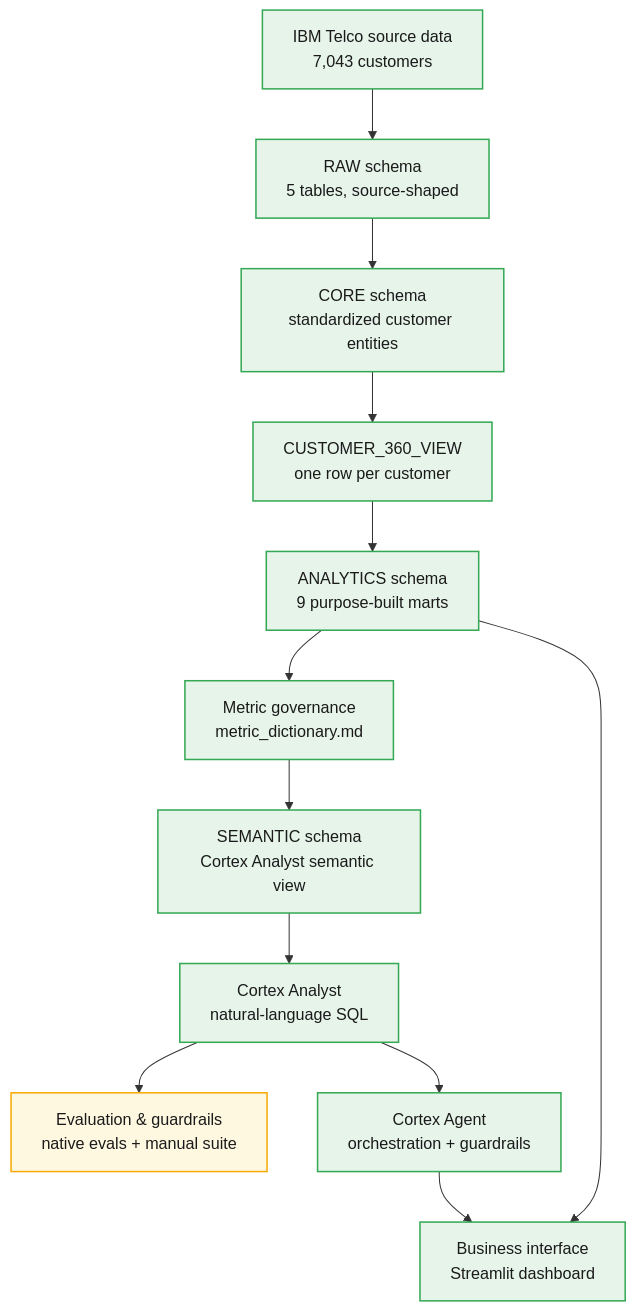
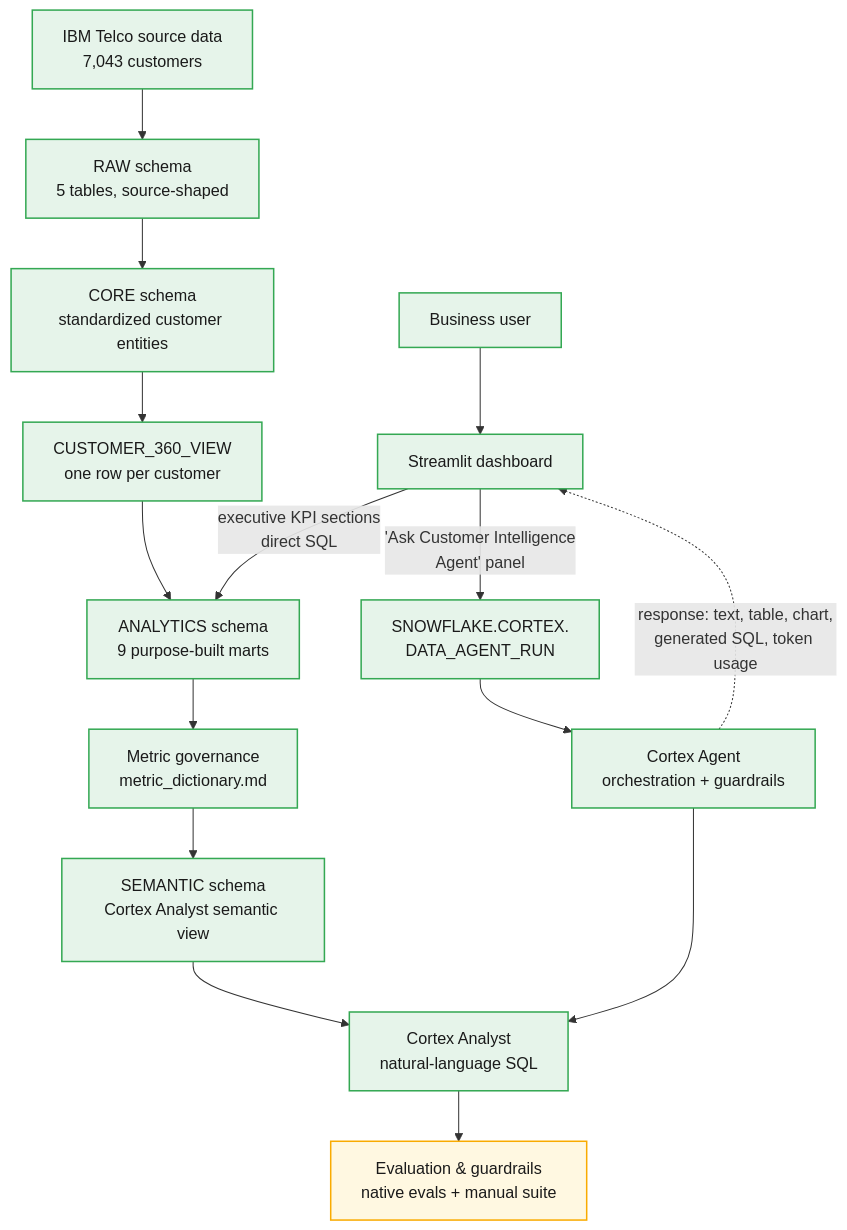
Before and after one commit to JuanjoChiarellaR/customer-intelligence-analytics-platform: the diagram in README.md, drawn with Mermaid. The commit also changed other lines of this file and 18 other files, not shown here.

Commit message:
feat: integrate governed Cortex Agent into customer intelligence platform

````diff
--- a/README.md
+++ b/README.md
@@ -84,17 +84,21 @@
 ```mermaid
 flowchart TD
     A["IBM Telco source data<br/>7,043 customers"]:::done --> B["RAW schema<br/>5 tables, source-shaped"]:::done
     B --> C["CORE schema<br/>standardized customer entities"]:::done
     C --> D["CUSTOMER_360_VIEW<br/>one row per customer"]:::done
     D --> E["ANALYTICS schema<br/>9 purpose-built marts"]:::done
     E --> F["Metric governance<br/>metric_dictionary.md"]:::done
     F --> G["SEMANTIC schema<br/>Cortex Analyst semantic view"]:::done
     G --> H["Cortex Analyst<br/>natural-language SQL"]:::done
     H --> I["Evaluation & guardrails<br/>native evals + manual suite"]:::partial
-    H --> J["Cortex Agent<br/>orchestration + guardrails"]:::done
-    J --> K["Business interface<br/>Streamlit dashboard"]:::done
-    E --> K
+
+    U["Business user"]:::done --> S["Streamlit dashboard"]:::done
+    S -->|"executive KPI sections<br/>direct SQL"| E
+    S -->|"'Ask Customer Intelligence<br/>Agent' panel"| R["SNOWFLAKE.CORTEX.<br/>DATA_AGENT_RUN"]:::done
+    R --> J["Cortex Agent<br/>orchestration + guardrails"]:::done
+    J --> H
+    J -.->|"response: text, table, chart,<br/>generated SQL, token usage"| S
 
     classDef done fill:#e6f4ea,stroke:#34a853,stroke-width:1.5px,color:#1a1a1a;
     classDef partial fill:#fff8e1,stroke:#f9ab00,stroke-width:1.5px,color:#1a1a1a;
 ```
````
